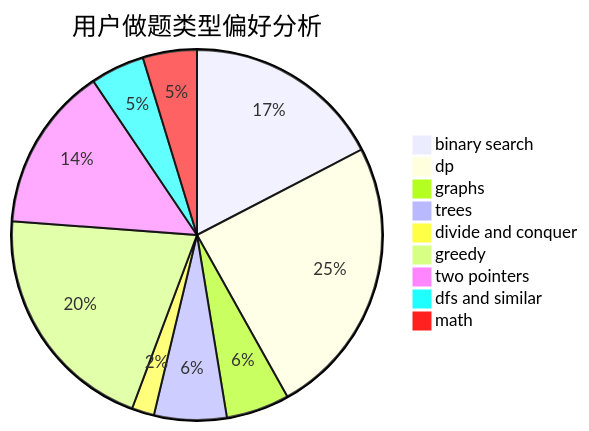
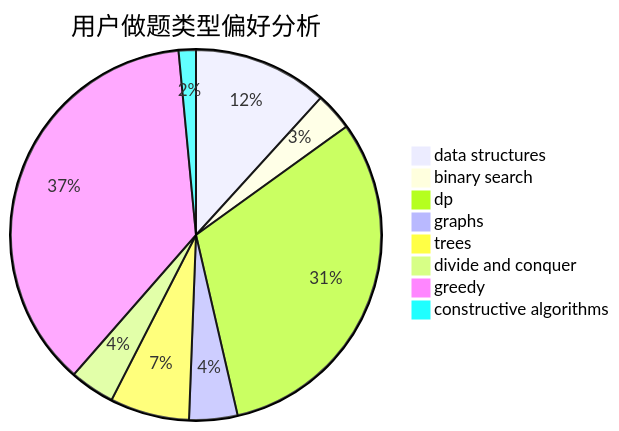
The second of 3 diagrams in docs/user/u516.md (sherpahu/cfrs.github.io), drawn with Mermaid before and after one commit. The commit also changed other lines of this file and 2775 other files, not shown here.

````diff
--- a/docs/user/u516.md
+++ b/docs/user/u516.md
@@ -23,12 +23,11 @@
 ```mermaid
 pie title 用户做题类型偏好分析
-    "binary search" :  151
-    "dp" :  213
-    "graphs" :  48
-    "trees" :  55
-    "divide and conquer" :  17
-    "greedy" :  178
-    "two pointers" :  125
-    "dfs and similar" :  41
-    "math" :  41
+    "data structures" :  39
+    "binary search" :  11
+    "dp" :  104
+    "graphs" :  14
+    "trees" :  23
+    "divide and conquer" :  13
+    "greedy" :  123
+    "constructive algorithms" :  5
 ```
````
